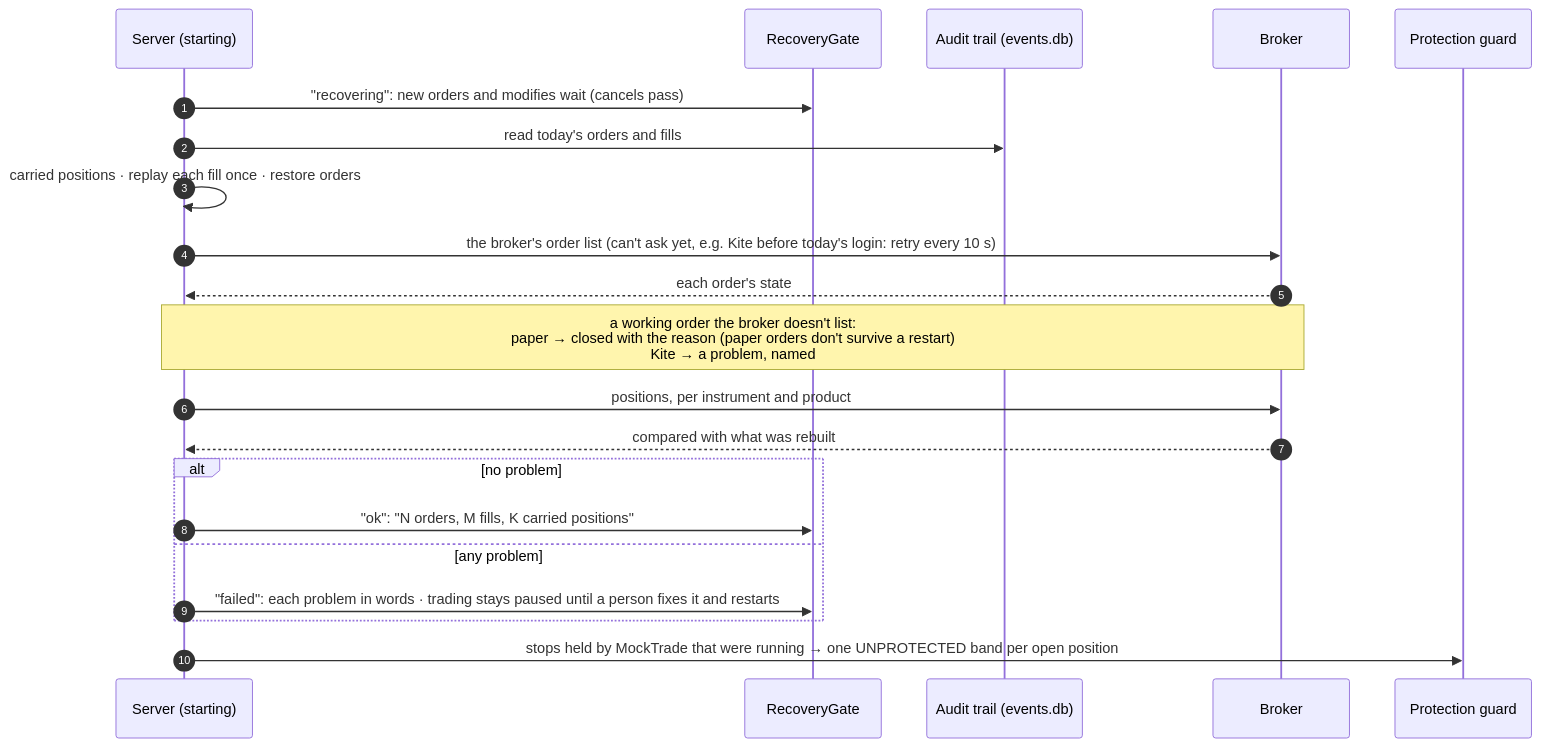
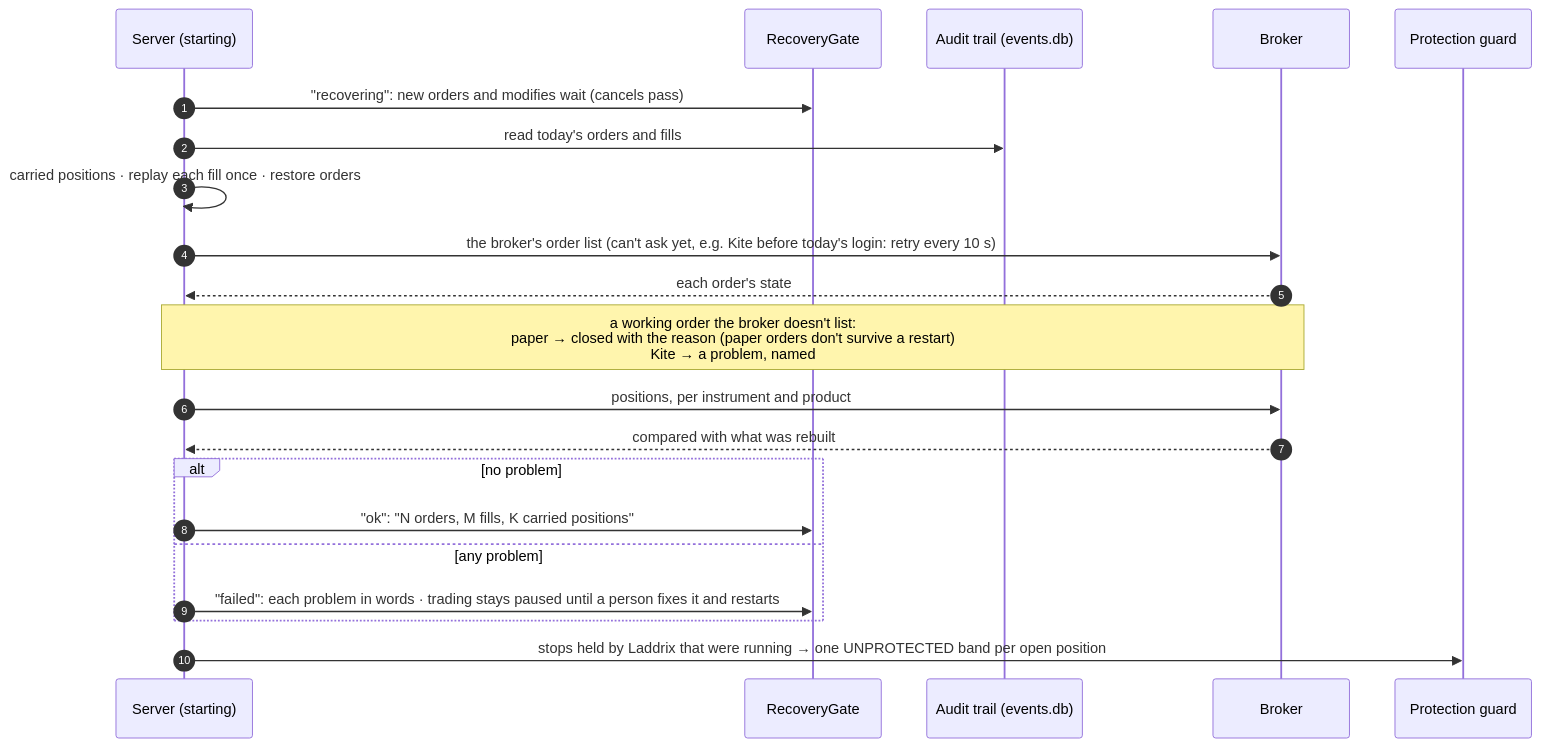
Before and after one commit to ayushsharma05/Laddrix: the diagram in context/images/v1-journey-restart.mmd, drawn with Mermaid. The commit also changed 750 other files, not shown here.

First line of the commit message:
Rename the product: MockTrade becomes Laddrix, with a logo (#457)

```diff
--- a/context/images/v1-journey-restart.mmd
+++ b/context/images/v1-journey-restart.mmd
@@ -1,21 +1,21 @@
 sequenceDiagram
     autonumber
     participant S as Server (starting)
     participant G as RecoveryGate
     participant L as Audit trail (events.db)
     participant B as Broker
     participant P as Protection guard
     S->>G: "recovering": new orders and modifies wait (cancels pass)
     S->>L: read today's orders and fills
     S->>S: carried positions · replay each fill once · restore orders
     S->>B: the broker's order list (can't ask yet, e.g. Kite before today's login: retry every 10 s)
     B-->>S: each order's state
     Note over S,B: a working order the broker doesn't list:<br/>paper → closed with the reason (paper orders don't survive a restart)<br/>Kite → a problem, named
     S->>B: positions, per instrument and product
     B-->>S: compared with what was rebuilt
     alt no problem
         S->>G: "ok": "N orders, M fills, K carried positions"
     else any problem
         S->>G: "failed": each problem in words · trading stays paused until a person fixes it and restarts
     end
-    S->>P: stops held by MockTrade that were running → one UNPROTECTED band per open position
+    S->>P: stops held by Laddrix that were running → one UNPROTECTED band per open position
```
